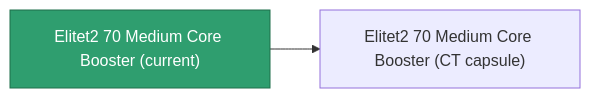
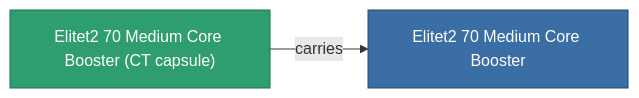
The diagram in content/content/items/elitet2_70_medium_core_booster.md (OpenPerpetuum/Wiki), drawn with Mermaid before and after one commit. The commit also changed other lines of this file and 2015 other files, not shown here.

````diff
--- a/content/content/items/elitet2_70_medium_core_booster.md
+++ b/content/content/items/elitet2_70_medium_core_booster.md
@@ -35,8 +35,9 @@
 ```mermaid
 graph LR
-    a["Elitet2 70 Medium Core Booster (current)"]:::current
-    b["Elitet2 70 Medium Core Booster (CT capsule)"]
-    a --> b
-    click b "/content/items/elitet2-70-medium-core-booster-ct-capsule/" "Elitet2 70 Medium Core Booster (CT capsule)"
+    a["Elitet2 70 Medium Core Booster (CT capsule)"]:::current
+    b["Elitet2 70 Medium Core Booster"]:::finished
+    a -->|carries| b
+                click b "/content/items/elitet2-70-medium-core-booster/" "Elitet2 70 Medium Core Booster"
     classDef current fill:#2f9e6f,stroke:#1f6f4a,color:#ffffff
+    classDef finished fill:#3b6ea5,stroke:#274a75,color:#ffffff
 ```
````
